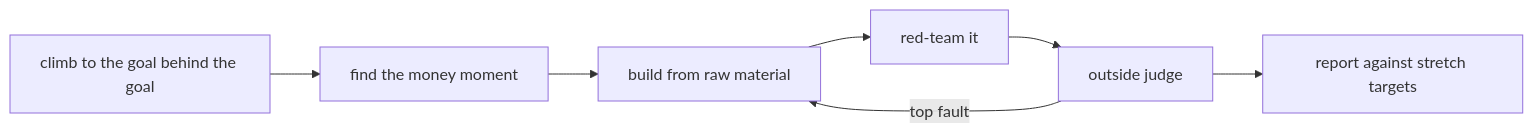
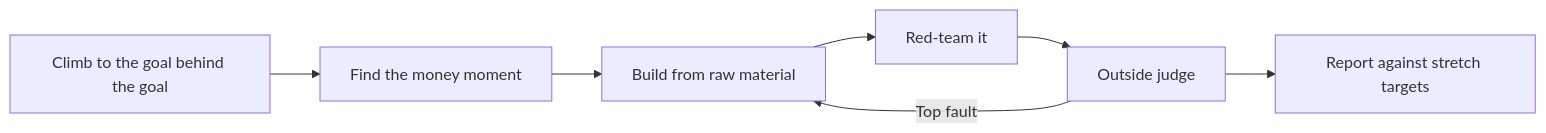
The diagram in docs/ambitious.md (lennoxsaint/Skills), drawn with Mermaid before and after one commit. The commit also changed other lines of this file and 24 other files, not shown here.

````diff
--- a/docs/ambitious.md
+++ b/docs/ambitious.md
@@ -30,9 +30,9 @@
 ```mermaid
 flowchart LR
-  A[climb to the goal behind the goal] --> B[find the money moment]
-  B --> C[build from raw material]
-  C --> D[red-team it]
-  D --> E[outside judge]
-  E -->|top fault| C
-  E --> F[report against stretch targets]
+  A[Climb to the goal behind the goal] --> B[Find the money moment]
+  B --> C[Build from raw material]
+  C --> D[Red-team it]
+  D --> E[Outside judge]
+  E -->|Top fault| C
+  E --> F[Report against stretch targets]
 ```
````
